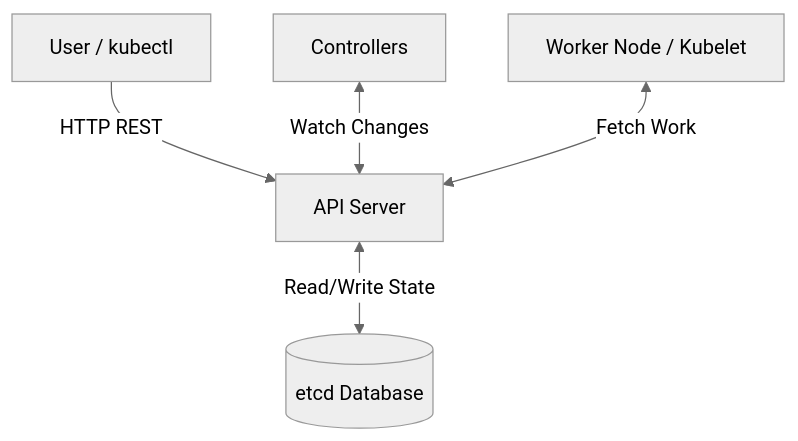
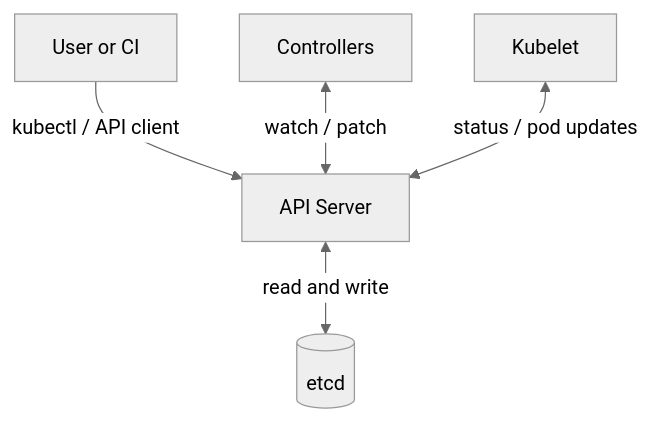
Before and after one commit to Braundo/kubernetes-guide: the diagram in docs/getting-started/kubernetes-api.md, drawn with Mermaid (neutral theme). The commit also changed other lines of this file and 31 other files, not shown here.

````diff
--- a/docs/getting-started/kubernetes-api.md
+++ b/docs/getting-started/kubernetes-api.md
@@ -23,8 +23,7 @@
 ```mermaid
 graph TD
-    User[User / kubectl] -->|HTTP REST| API[API Server]
-    Controller[Controllers] <-->|Watch Changes| API
-    Kubelet[Worker Node / Kubelet] <-->|Fetch Work| API
-    
-    API <-->|Read/Write State| Etcd[(etcd Database)]
+    User[User or CI] -->|kubectl / API client| API[API Server]
+    Controllers[Controllers] <-->|watch / patch| API
+    Kubelet[Kubelet] <-->|status / pod updates| API
+    API <-->|read and write| Etcd[(etcd)]
 ```
````
